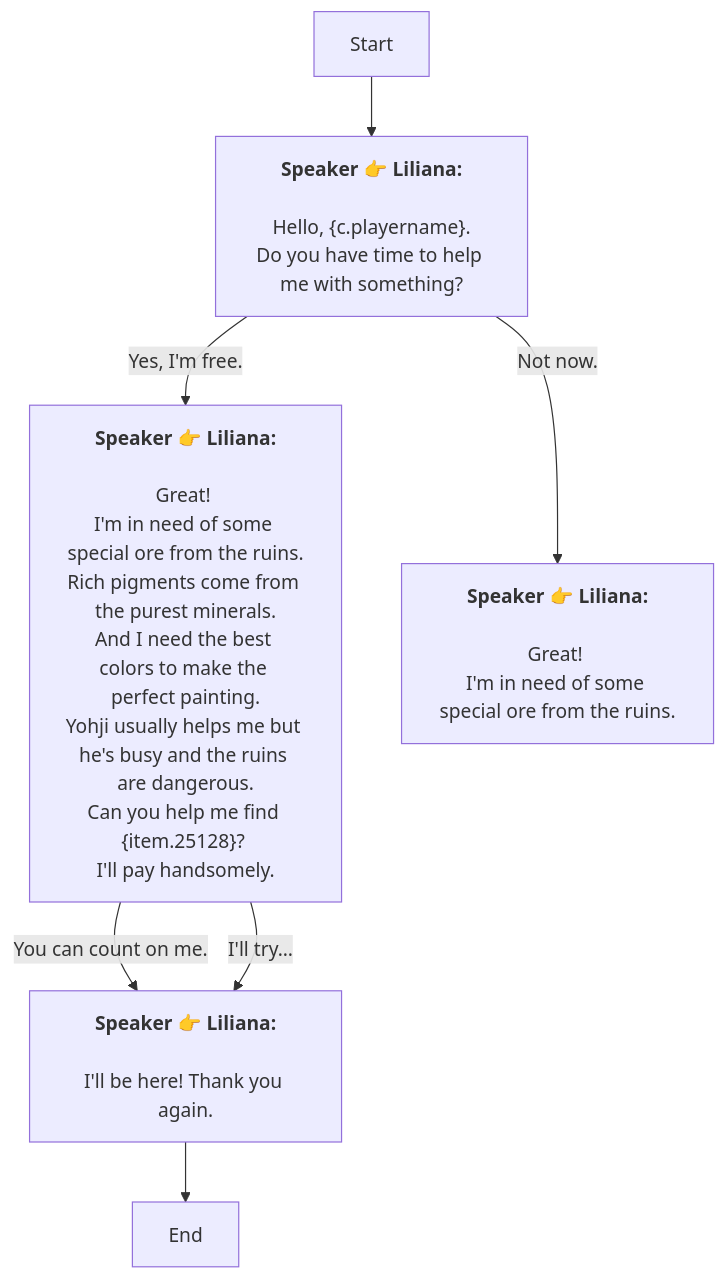
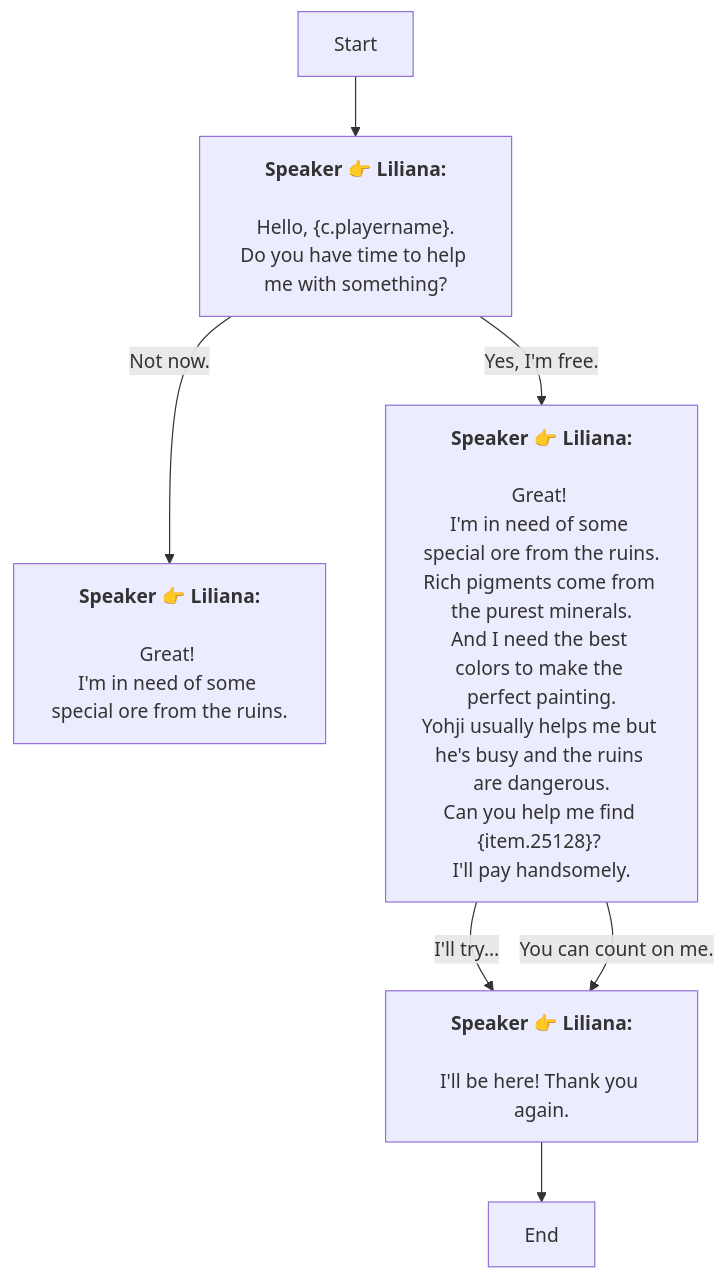
One commit to SoftHu/tos_avg changed the diagram in En/Dialog_55274881943531.md. Above: the diagram before and after it, drawn with Mermaid. The commit also changed other lines of this file and 780 other files, not shown here.

````diff
--- a/En/Dialog_55274881943531.md
+++ b/En/Dialog_55274881943531.md
@@ -1,20 +1,20 @@
 ```mermaid
 graph
 Start -->1768796755592191[<b>Speaker 👉 Liliana:</b>
 \nHello, &lbrace;c.playername&rbrace;.
 Do you have time to help me with something?]
+1768796755592191 -->|Not now.|1768801758507014[<b>Speaker 👉 Liliana:</b>
+\nGreat! 
+I'm in need of some special ore from the ruins.]
 1768796755592191 -->|Yes, I'm free.|1768799370779653[<b>Speaker 👉 Liliana:</b>
 \nGreat! 
 I'm in need of some special ore from the ruins.\nRich pigments come from the purest minerals.
 And I need the best colors to make the perfect painting.\nYohji usually helps me but he's busy and the ruins are dangerous.\nCan you help me find &lbrace;item.25128&rbrace;? 
 I'll pay handsomely.]
-1768796755592191 -->|Not now.|1768801758507014[<b>Speaker 👉 Liliana:</b>
-\nGreat! 
-I'm in need of some special ore from the ruins.]
+1768799370779653 -->|I'll try…|1768801864766477[<b>Speaker 👉 Liliana:</b>
+\nI'll be here! Thank you again.]
 1768799370779653 -->|You can count on me.|1768801864766477[<b>Speaker 👉 Liliana:</b>
-\nI'll be here! Thank you again.]
-1768799370779653 -->|I'll try…|1768801864766477[<b>Speaker 👉 Liliana:</b>
 \nI'll be here! Thank you again.]
 1768801864766477 -->1768796745671678[End]
 
 ```
````
